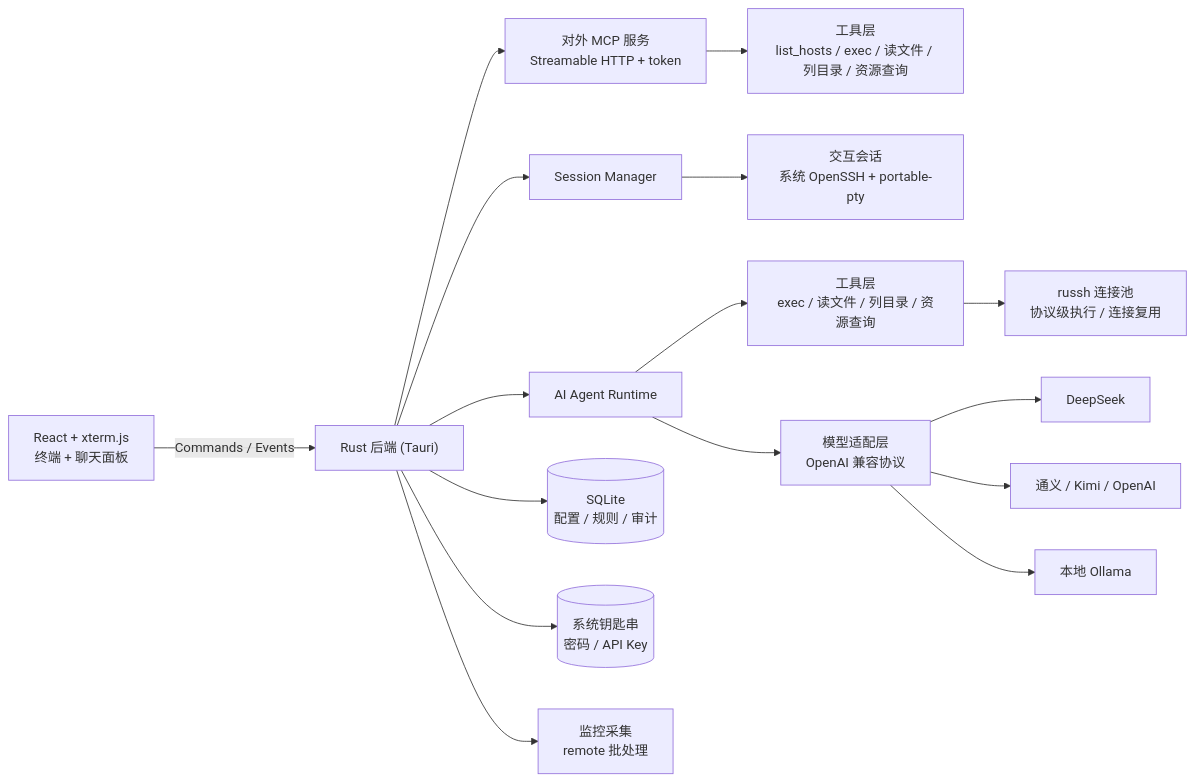
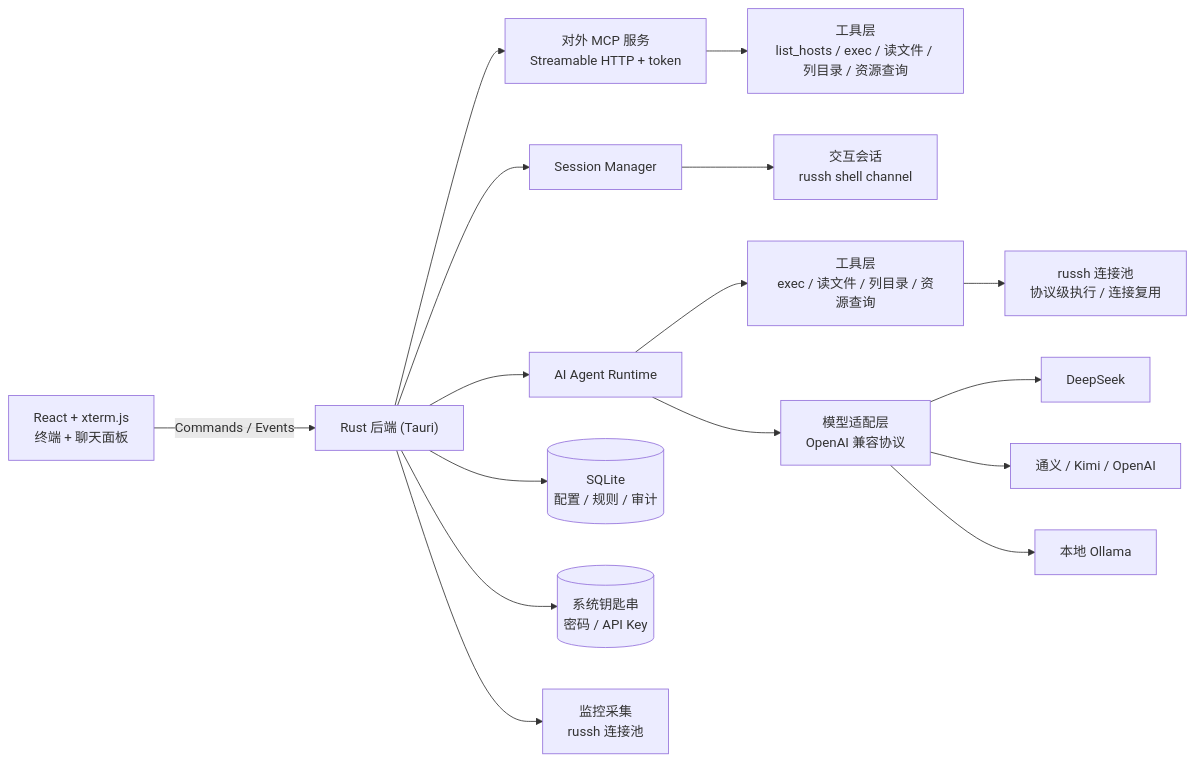
One commit to shaguocgl/buff-term changed the diagram in README.md. Above: the diagram before and after it, drawn with Mermaid. The commit also changed other lines of this file and 8 other files, not shown here.

Commit message:
refactor: SFTP 切换到 russh-sftp，彻底移除系统 OpenSSH/sftp

````diff
--- a/README.md
+++ b/README.md
@@ -70,18 +69,18 @@
 ```mermaid
 flowchart LR
   UI["React + xterm.js<br/>终端 + 聊天面板"] -->|Commands / Events| BE["Rust 后端 (Tauri)"]
   BE --> SM["Session Manager"]
   BE --> AG["AI Agent Runtime"]
   BE --> MCP["对外 MCP 服务<br/>Streamable HTTP + token"]
   MCP --> MCPTOOL["工具层<br/>list_hosts / exec / 读文件 / 列目录 / 资源查询"]
-  SM --> SSH["交互会话<br/>系统 OpenSSH + portable-pty"]
+  SM --> SSH["交互会话<br/>russh shell channel"]
   AG --> TOOL["工具层<br/>exec / 读文件 / 列目录 / 资源查询"]
   TOOL --> RSH["russh 连接池<br/>协议级执行 / 连接复用"]
   AG --> PROV["模型适配层<br/>OpenAI 兼容协议"]
   PROV --> DS["DeepSeek"]
   PROV --> QW["通义 / Kimi / OpenAI"]
   PROV --> OLL["本地 Ollama"]
   BE --> DB[("SQLite<br/>配置 / 规则 / 审计")]
   BE --> KC[("系统钥匙串<br/>密码 / API Key")]
-  BE --> MON["监控采集<br/>remote 批处理"]
+  BE --> MON["监控采集<br/>russh 连接池"]
 ```
````
